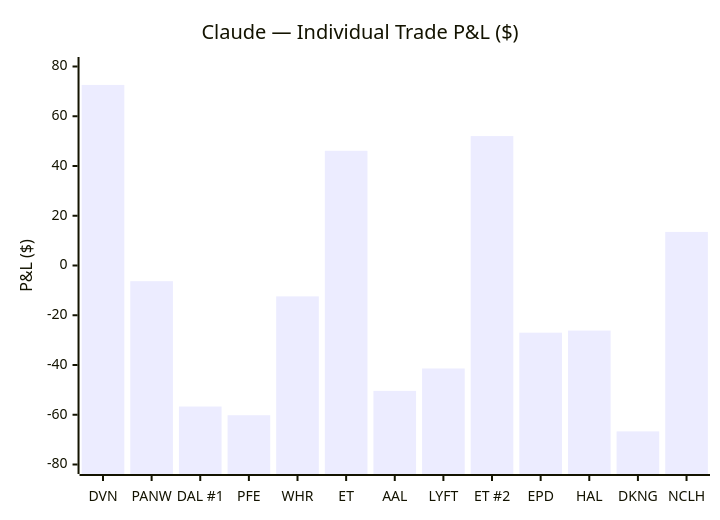
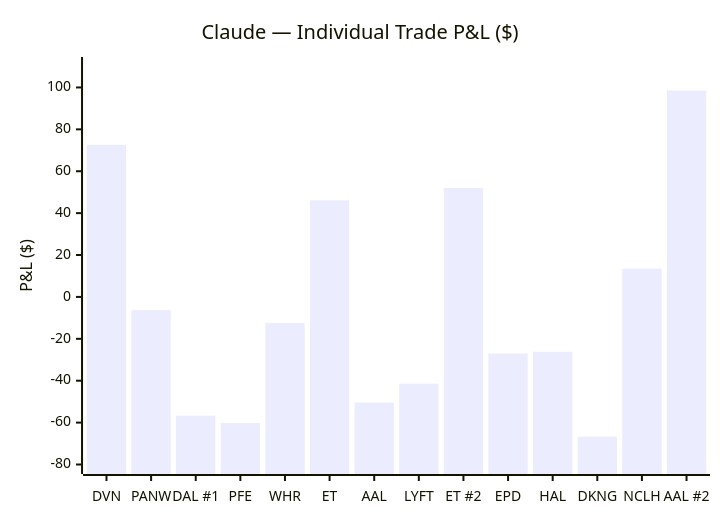
The second of 5 diagrams in README.md (zachisit/ai-auto-buy-thesis), drawn with Mermaid before and after one commit. The commit also changed other lines of this file and 6 other files, not shown here.

First line of the commit message:
Update README and add session logs for 6/11, 6/12, 6/15 — AAL #2 closed +$98.55 (experiment's largest win), NCLH #2 open +$40.29; Iran deal complete

````diff
--- a/README.md
+++ b/README.md
@@ -39,7 +39,7 @@
 ```mermaid
 xychart-beta
     title "Claude — Individual Trade P&L ($)"
-    x-axis ["DVN", "PANW", "DAL #1", "PFE", "WHR", "ET", "AAL", "LYFT", "ET #2", "EPD", "HAL", "DKNG", "NCLH"]
-    y-axis "P&L ($)" -80 --> 80
-    bar [72.60, -6.30, -56.70, -60.20, -12.41, 46.11, -50.40, -41.40, 52.02, -27.00, -26.16, -66.69, 13.50]
+    x-axis ["DVN", "PANW", "DAL #1", "PFE", "WHR", "ET", "AAL", "LYFT", "ET #2", "EPD", "HAL", "DKNG", "NCLH", "AAL #2"]
+    y-axis "P&L ($)" -80 --> 110
+    bar [72.60, -6.30, -56.70, -60.20, -12.41, 46.11, -50.40, -41.40, 52.02, -27.00, -26.16, -66.69, 13.50, 98.55]
 ```
````
